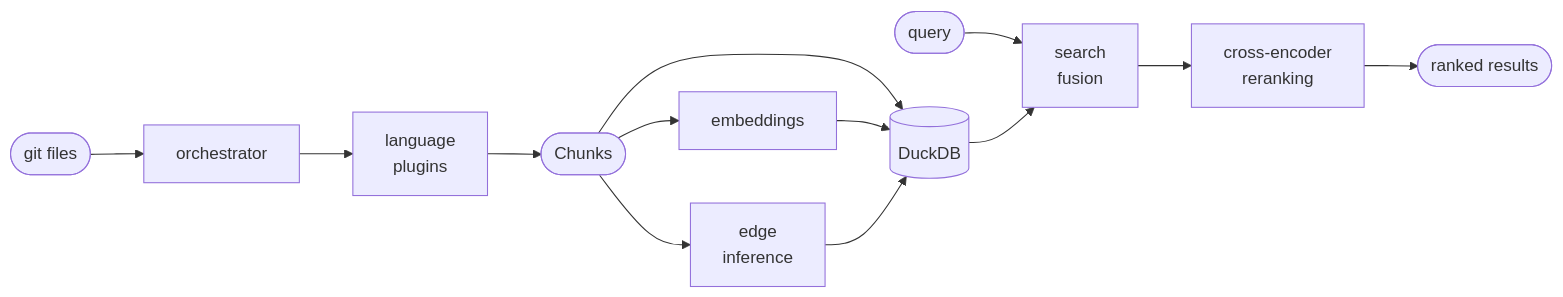
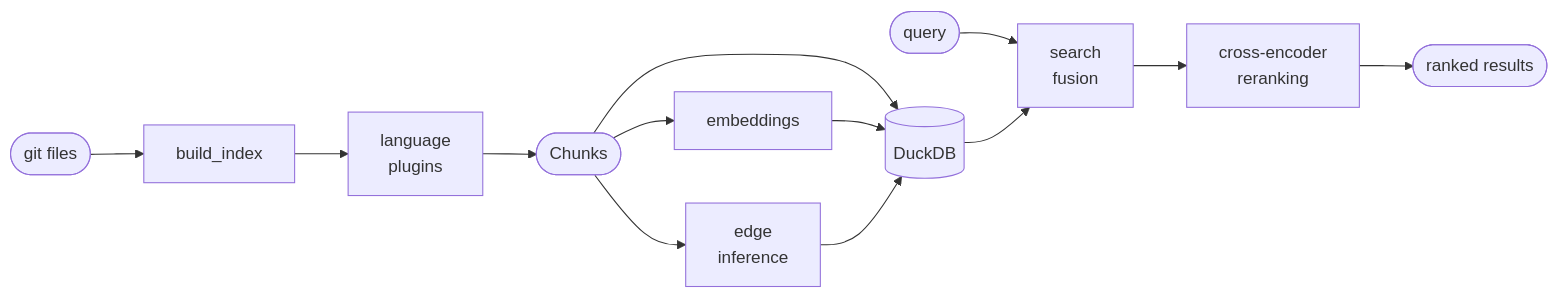
Before and after one commit to janrito/rbtr: the first of 5 diagrams in packages/rbtr/ARCHITECTURE.md, drawn with Mermaid. The commit also changed other lines of this file and 3 other files, not shown here.

````diff
--- a/packages/rbtr/ARCHITECTURE.md
+++ b/packages/rbtr/ARCHITECTURE.md
@@ -33,15 +33,15 @@
 ```mermaid
 flowchart LR
-    files(["git files"]) --> orchestrator
-    orchestrator --> plugins["language<br/>plugins"]
+    files(["git files"]) --> build["build_index"]
+    build --> plugins["language<br/>plugins"]
     plugins --> chunks(["Chunks"])
     chunks --> store[("DuckDB")]
     chunks --> embeddings["embeddings"]
     embeddings --> store
     chunks --> edges["edge<br/>inference"]
     edges --> store
     query(["query"]) --> search["search<br/>fusion"]
     store --> search
     search --> reranker["cross-encoder<br/>reranking"]
     reranker --> results(["ranked results"])
 ```
````
